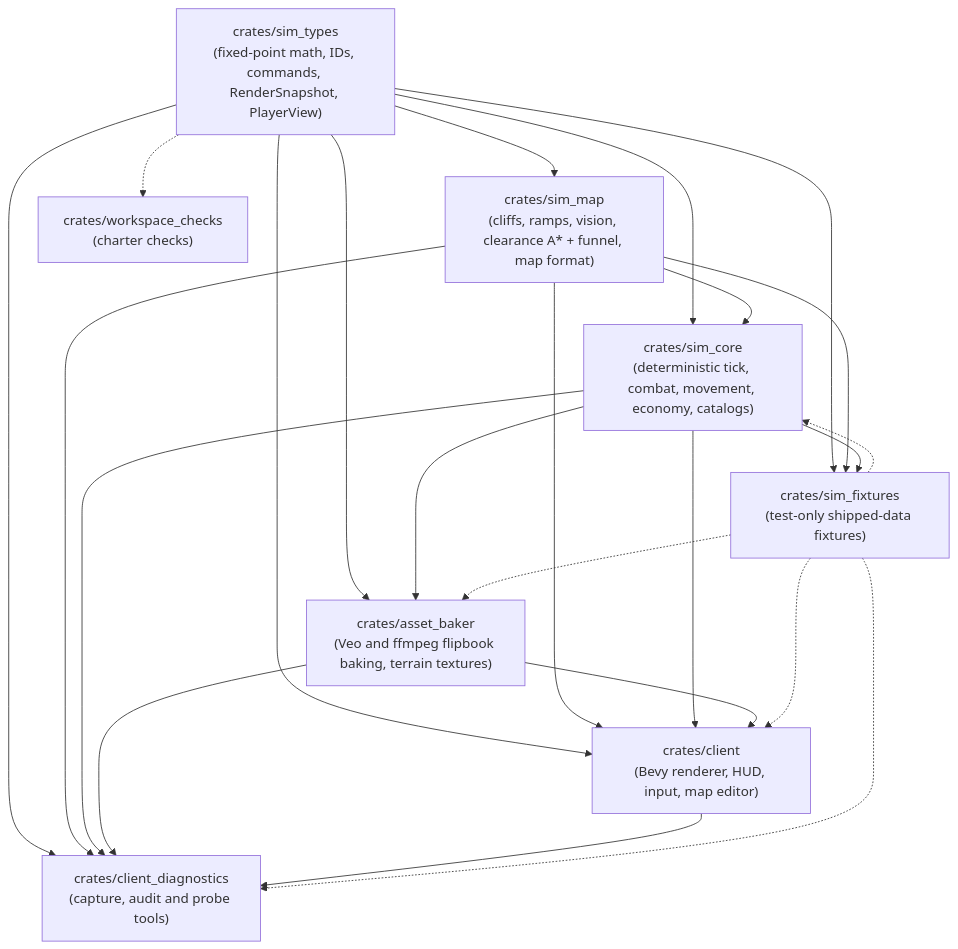
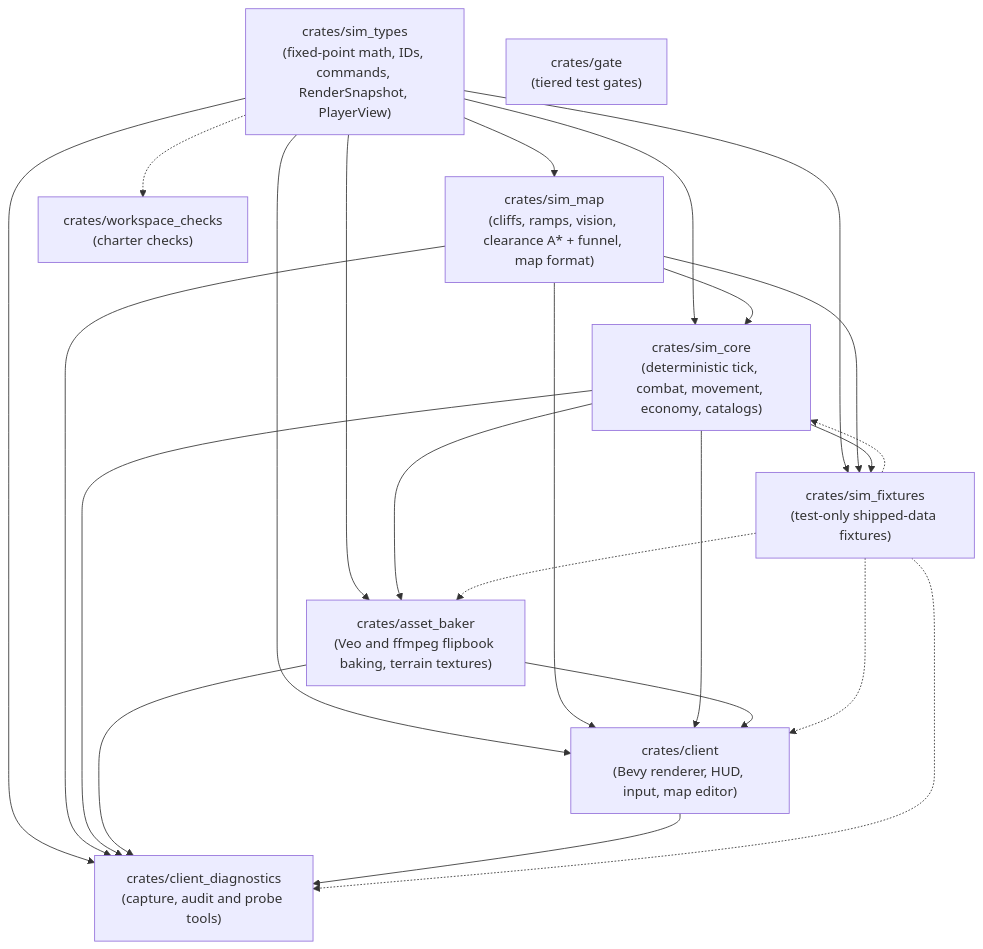
Before and after one commit to close2/space-scuffle: the diagram in AGENTS.md, drawn with Mermaid. The commit also changed other lines of this file and 25 other files, not shown here.

First line of the commit message:
feat(gate): cargo gate selects and runs the tests a change can break (tiered gates WP1-WP3)

````diff
--- a/AGENTS.md
+++ b/AGENTS.md
@@ -140,34 +141,35 @@
 ```mermaid
 flowchart TD
     ST["crates/sim_types<br/>(fixed-point math, IDs, commands, RenderSnapshot, PlayerView)"]
     SM["crates/sim_map<br/>(cliffs, ramps, vision, clearance A* + funnel, map format)"]
     SC["crates/sim_core<br/>(deterministic tick, combat, movement, economy, catalogs)"]
     AB["crates/asset_baker<br/>(Veo and ffmpeg flipbook baking, terrain textures)"]
     CL["crates/client<br/>(Bevy renderer, HUD, input, map editor)"]
     CD["crates/client_diagnostics<br/>(capture, audit and probe tools)"]
     FX["crates/sim_fixtures<br/>(test-only shipped-data fixtures)"]
     WC["crates/workspace_checks<br/>(charter checks)"]
+    GT["crates/gate<br/>(tiered test gates)"]
 
     ST --> SM
     ST --> SC
     SM --> SC
     ST --> AB
     SC --> AB
     ST --> CL
     SM --> CL
     SC --> CL
     AB --> CL
     ST --> CD
     SM --> CD
     SC --> CD
     AB --> CD
     CL --> CD
     ST --> FX
     SM --> FX
     SC --> FX
     FX -.-> SC
     FX -.-> AB
     FX -.-> CL
     FX -.-> CD
     ST -.-> WC
 ```
````
